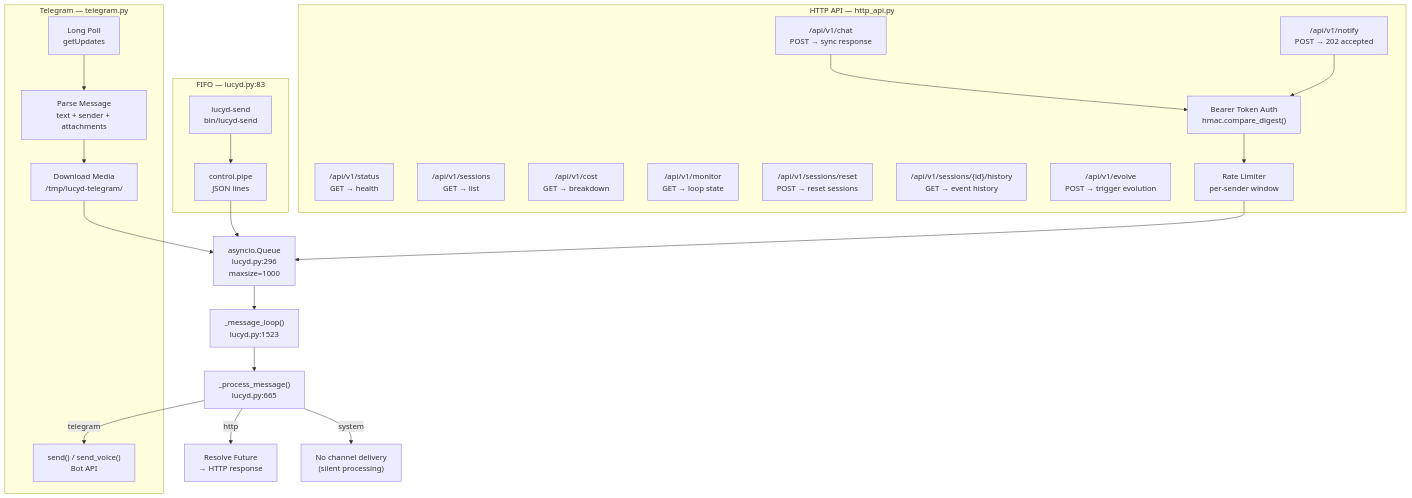
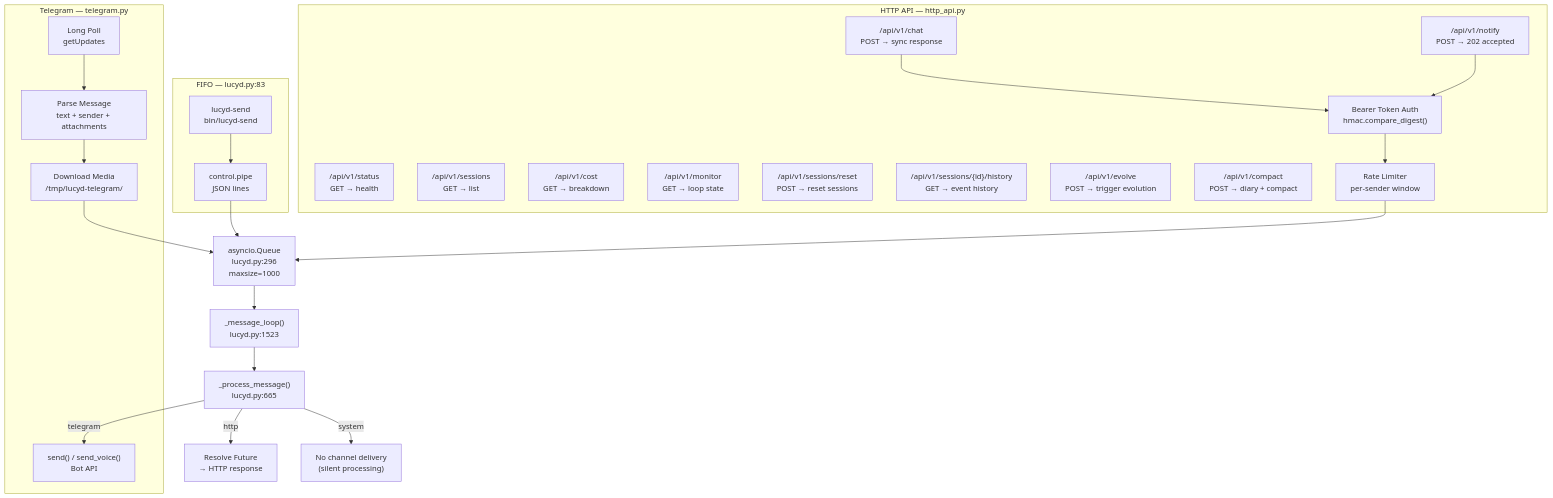
The eighth of 8 diagrams in docs/diagrams.md (nicolasforstinger/lucyd), drawn with Mermaid before and after one commit. The commit also changed other lines of this file and 6 other files, not shown here.

First line of the commit message:
docs: sync README, architecture, operations, config, diagrams, audit

````diff
--- a/docs/diagrams.md
+++ b/docs/diagrams.md
@@ -314,43 +320,44 @@
 ```mermaid
 flowchart TD
     subgraph Telegram["Telegram — telegram.py"]
         POLL["Long Poll<br/>getUpdates"]
         PARSE["Parse Message<br/>text + sender + attachments"]
         DL["Download Media<br/>/tmp/lucyd-telegram/"]
         SEND_TG["send() / send_voice()<br/>Bot API"]
     end
 
     subgraph HTTP["HTTP API — http_api.py"]
         CHAT["/api/v1/chat<br/>POST → sync response"]
         NOTIFY["/api/v1/notify<br/>POST → 202 accepted"]
         STATUS["/api/v1/status<br/>GET → health"]
         SESSIONS_EP["/api/v1/sessions<br/>GET → list"]
         COST_EP["/api/v1/cost<br/>GET → breakdown"]
         MONITOR_EP["/api/v1/monitor<br/>GET → loop state"]
         RESET_EP["/api/v1/sessions/reset<br/>POST → reset sessions"]
         HISTORY_EP["/api/v1/sessions/{id}/history<br/>GET → event history"]
         EVOLVE_EP["/api/v1/evolve<br/>POST → trigger evolution"]
+        COMPACT_EP["/api/v1/compact<br/>POST → diary + compact"]
         AUTH["Bearer Token Auth<br/>hmac.compare_digest()"]
         RATE["Rate Limiter<br/>per-sender window"]
     end
 
     subgraph CLI["FIFO — lucyd.py:83"]
         PIPE["control.pipe<br/>JSON lines"]
         SEND_CLI["lucyd-send<br/>bin/lucyd-send"]
     end
 
     Q["asyncio.Queue<br/>lucyd.py:296<br/>maxsize=1000"]
 
     POLL --> PARSE --> DL --> Q
     SEND_CLI --> PIPE --> Q
     CHAT --> AUTH
     NOTIFY --> AUTH
     AUTH --> RATE --> Q
 
     Q --> LOOP["_message_loop()<br/>lucyd.py:1523"]
     LOOP --> PROCESS["_process_message()<br/>lucyd.py:665"]
 
     PROCESS -->|telegram| SEND_TG
     PROCESS -->|http| FUTURE["Resolve Future<br/>→ HTTP response"]
     PROCESS -->|system| SUPPRESS["No channel delivery<br/>(silent processing)"]
 ```
````
